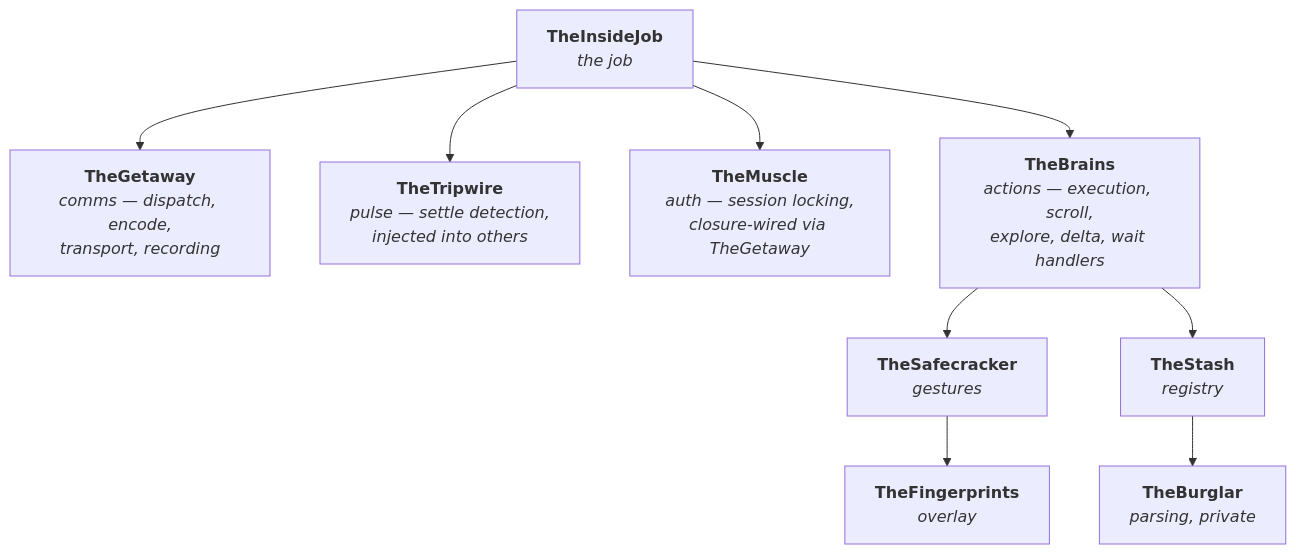
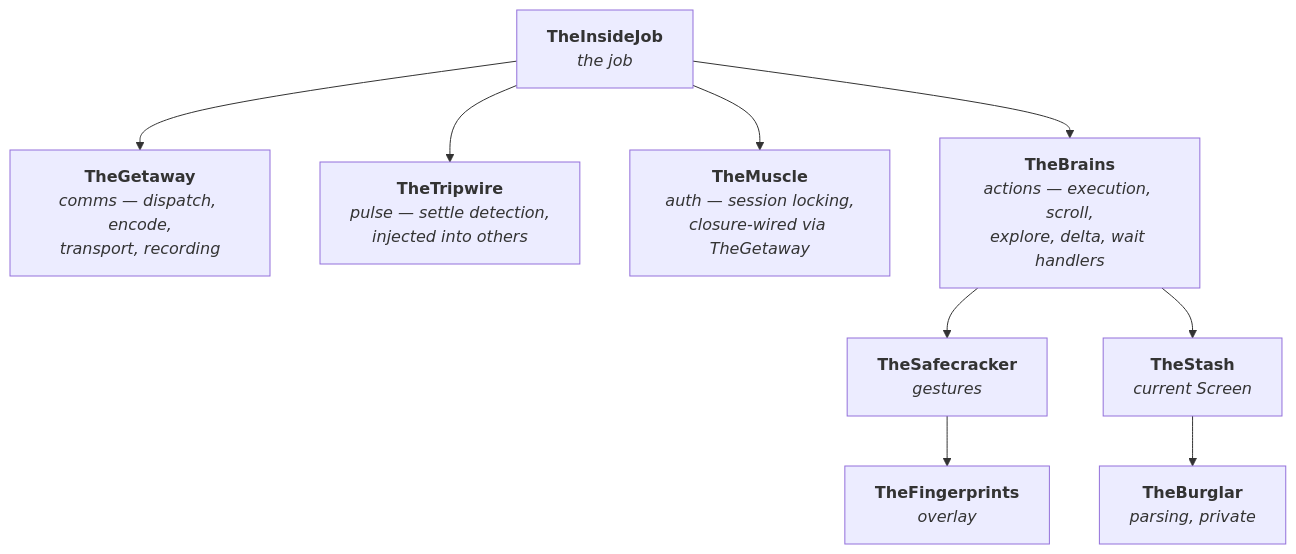
Before and after one commit to RoyalPineapple/TheButtonHeist: the second of 6 diagrams in docs/dossiers/06-THEINSIDEJOB.md, drawn with Mermaid. The commit also changed other lines of this file and 36 other files, not shown here.

````diff
--- a/docs/dossiers/06-THEINSIDEJOB.md
+++ b/docs/dossiers/06-THEINSIDEJOB.md
@@ -73,21 +73,21 @@
 ```mermaid
 graph TD
     TIJ["<b>TheInsideJob</b><br/><i>the job</i>"]
     TG["<b>TheGetaway</b><br/><i>comms — dispatch, encode,<br/>transport, recording</i>"]
     TT["<b>TheTripwire</b><br/><i>pulse — settle detection,<br/>injected into others</i>"]
     TM["<b>TheMuscle</b><br/><i>auth — session locking,<br/>closure-wired via TheGetaway</i>"]
     TB["<b>TheBrains</b><br/><i>actions — execution, scroll,<br/>explore, delta, wait handlers</i>"]
     TS["<b>TheSafecracker</b><br/><i>gestures</i>"]
     TF["<b>TheFingerprints</b><br/><i>overlay</i>"]
-    TSt["<b>TheStash</b><br/><i>registry</i>"]
+    TSt["<b>TheStash</b><br/><i>current Screen</i>"]
     TBu["<b>TheBurglar</b><br/><i>parsing, private</i>"]
 
     TIJ --> TG
     TIJ --> TT
     TIJ --> TM
     TIJ --> TB
     TB --> TS
     TS --> TF
     TB --> TSt
     TSt --> TBu
 ```
````
